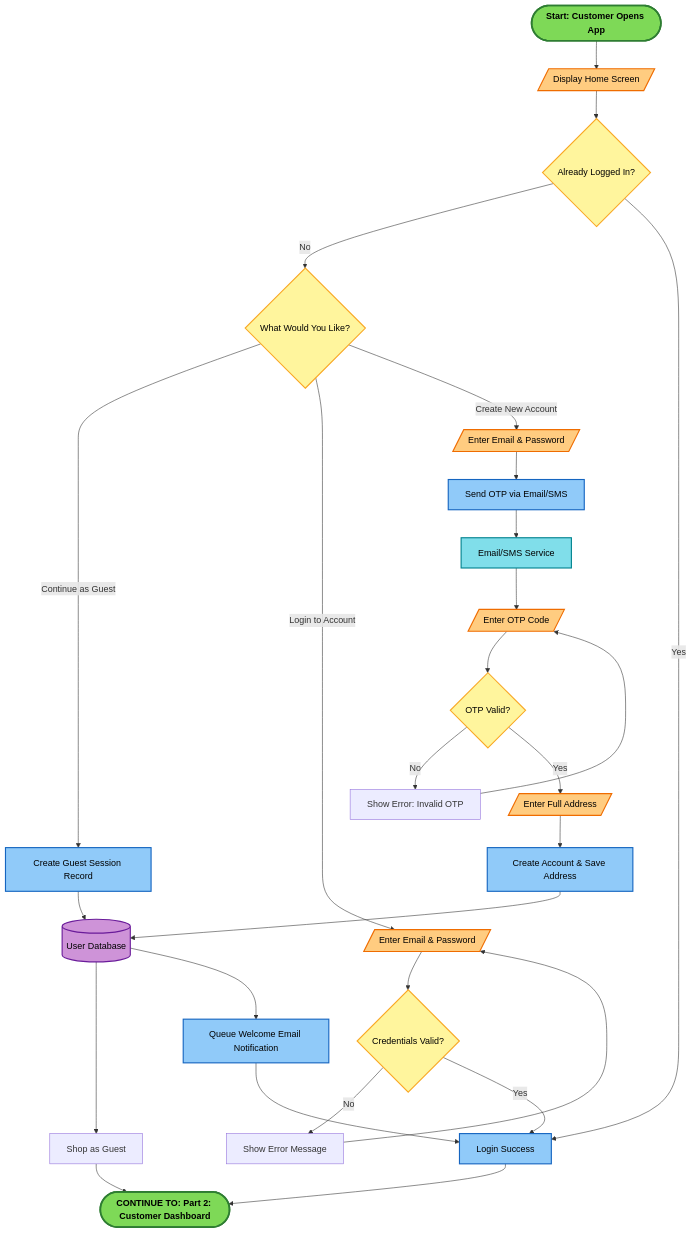
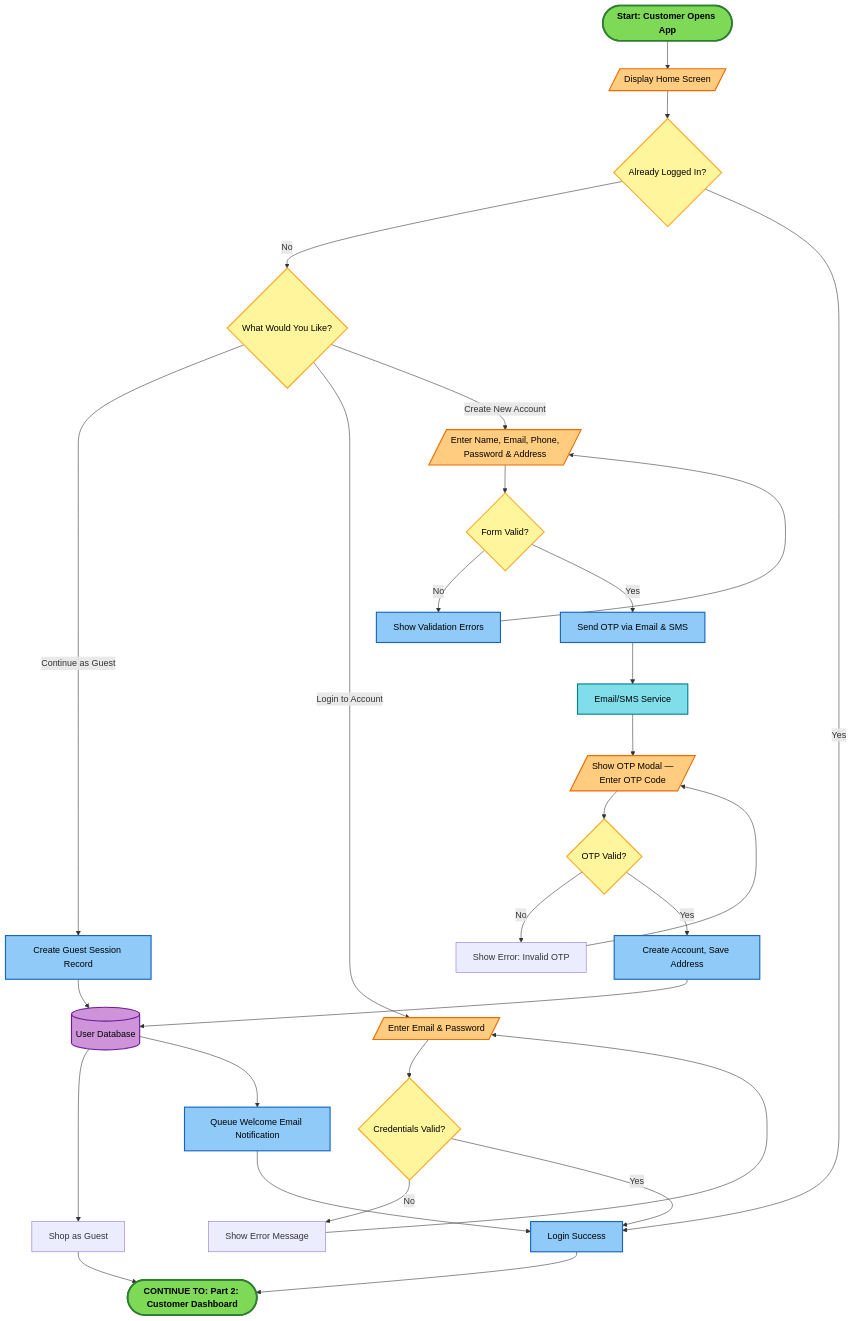
One commit to butterkookies/OOP-TaurusBikeShop changed the diagram in Mermaid/Claude/v3.0/1_CUSTOMER_REGISTRATION_LOGIN.mmd. Above: the diagram before and after it, drawn with Mermaid. The commit also changed 19 other files, not shown here.

```diff
--- a/Mermaid/Claude/v3.0/1_CUSTOMER_REGISTRATION_LOGIN.mmd
+++ b/Mermaid/Claude/v3.0/1_CUSTOMER_REGISTRATION_LOGIN.mmd
@@ -1,62 +1,66 @@
 %% =====================================================
 %% BIKE SHOP - PART 1: CUSTOMER REGISTRATION & LOGIN
 %% =====================================================
 %% Schema tables: User, OTPVerification, GuestSession, Notification
 %% Connected to: Part 2 (Customer Dashboard)
 %% =====================================================
 
 flowchart TD
 
 EXT4["Email/SMS Service"]
 DB1[("User Database")]
 
 A0([Start: Customer Opens App])
 A0 --> A1[/"Display Home Screen"/]
 A1 --> A2{"Already Logged In?"}
 
 A2 -->|No| A2A{"What Would You Like?"}
 
 %% GUEST PATH
 A2A -->|Continue as Guest| A2B["Create Guest Session Record"]
 A2B --> DB1
 DB1 --> SHOP_START["Shop as Guest"]
 
 %% LOGIN PATH
 A2A -->|Login to Account| A11[/"Enter Email & Password"/]
 A11 --> A11A{"Credentials Valid?"}
 A11A -->|No| A11B["Show Error Message"]
 A11B --> A11
 A11A -->|Yes| A13["Login Success"]
 
 %% REGISTRATION PATH
-A2A -->|Create New Account| A3[/"Enter Email & Password"/]
-A3 --> A4["Send OTP via Email/SMS"]
+A2A -->|Create New Account| A3[/"Enter Name, Email, Phone,
+Password & Address"/]
+A3 --> A3A{"Form Valid?"}
+A3A -->|No| A3B["Show Validation Errors"]
+A3B --> A3
+A3A -->|Yes| A4["Send OTP via Email & SMS"]
 A4 --> EXT4
-EXT4 --> A5[/"Enter OTP Code"/]
+EXT4 --> A5[/"Show OTP Modal —
+Enter OTP Code"/]
 A5 --> A6{"OTP Valid?"}
 A6 -->|No| A6B["Show Error: Invalid OTP"]
 A6B --> A5
-A6 -->|Yes| A7[/"Enter Full Address"/]
-A7 --> A8["Create Account & Save Address"]
+A6 -->|Yes| A8["Create Account, Save Address"]
 A8 --> DB1
 DB1 --> A9["Queue Welcome Email Notification"]
 A9 --> A13
 
 A2 -->|Yes| A13
 A13 --> A_END
 
 SHOP_START --> A_END([CONTINUE TO: Part 2: Customer Dashboard])
 
 classDef startend fill:#7ED957,stroke:#2E7D32,stroke-width:3px,color:#000,font-weight:bold
 classDef process fill:#90CAF9,stroke:#1565C0,stroke-width:2px,color:#000
 classDef decision fill:#FFF59D,stroke:#F9A825,stroke-width:2px,color:#000
 classDef io fill:#FFCC80,stroke:#EF6C00,stroke-width:2px,color:#000
 classDef database fill:#CE93D8,stroke:#6A1B9A,stroke-width:2px,color:#000
 classDef external fill:#80DEEA,stroke:#00838F,stroke-width:2px,color:#000
 
 class A0,A_END startend
-class A4,A8,A9,A13,A2B process
-class A2,A2A,A6,A11A decision
-class A1,A3,A5,A7,A11 io
+class A4,A8,A9,A13,A2B,A3B process
+class A2,A2A,A3A,A6,A11A decision
+class A1,A3,A5,A11 io
 class DB1 database
 class EXT4 external
```
